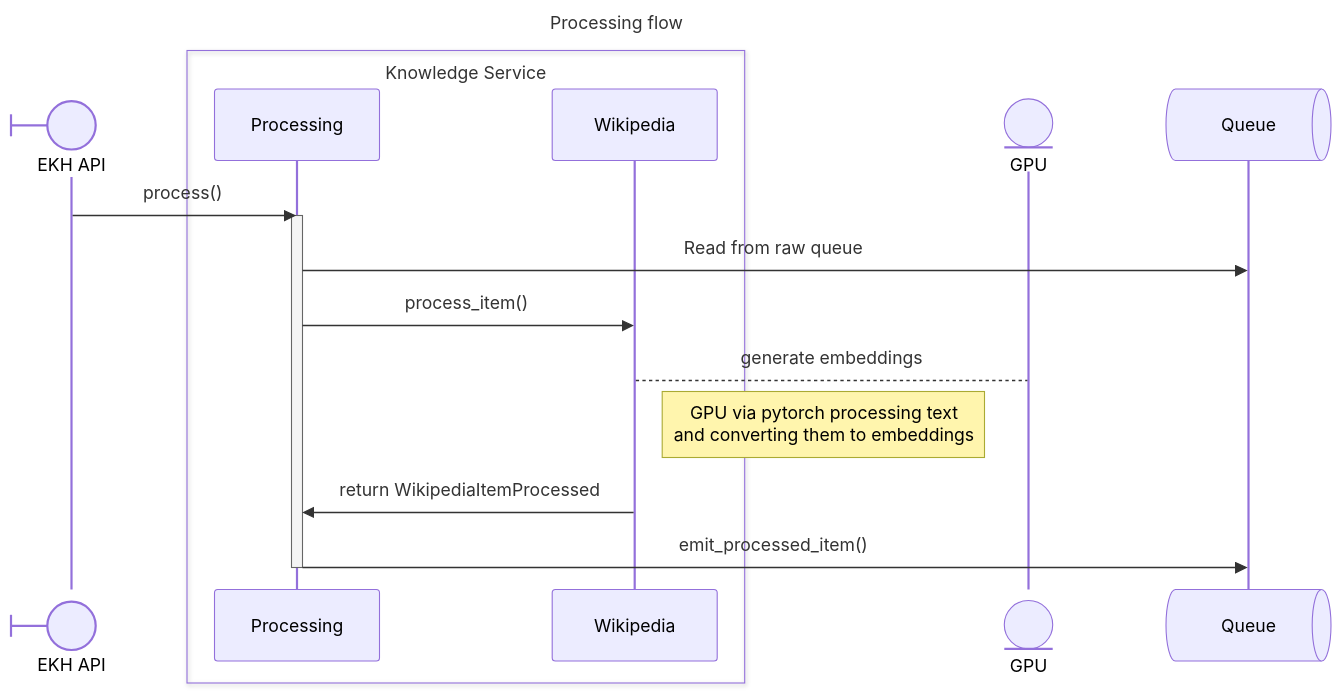
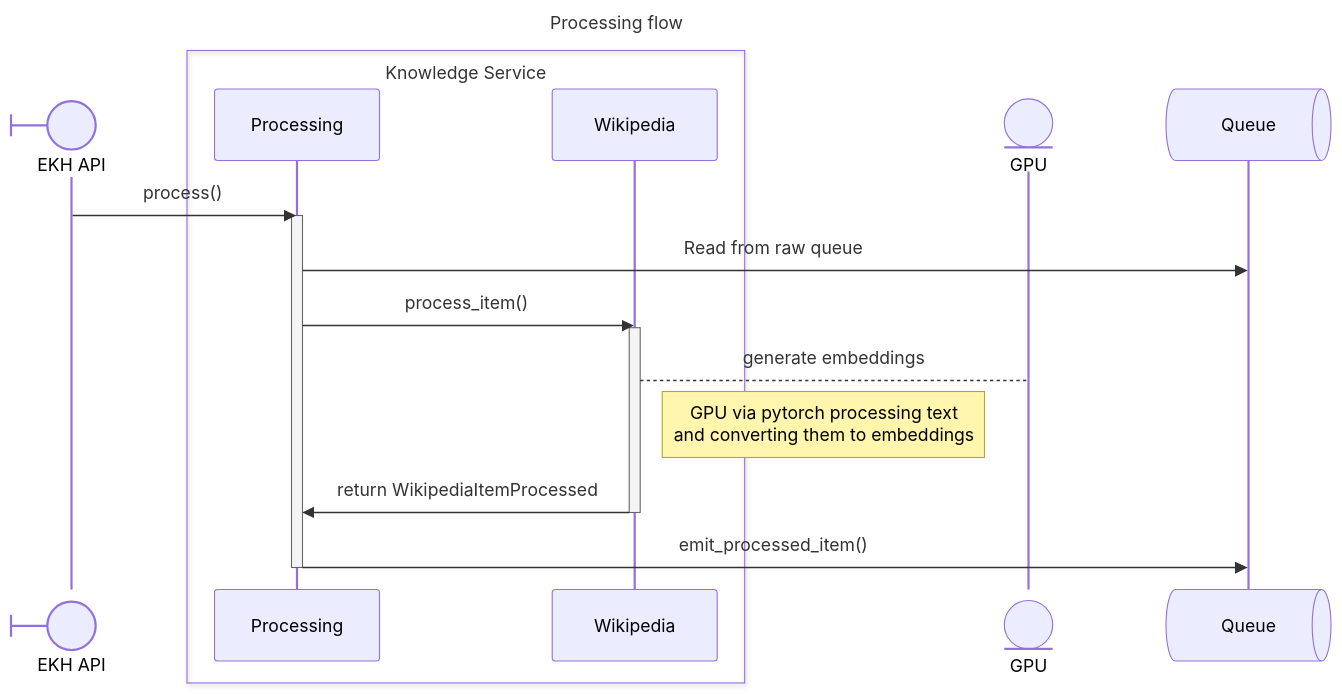
Before and after one commit to ssc-dsai/enterprise-knowledge-hub: the second of 3 diagrams in docs/mermaid-diagram.md, drawn with Mermaid. The commit also changed other lines of this file, not shown here.

Commit message:
fixed activation for first two ing and procs

````diff
--- a/docs/mermaid-diagram.md
+++ b/docs/mermaid-diagram.md
@@ -52,26 +54,28 @@
 ```mermaid
 ---
 title: Processing flow
 ---
 sequenceDiagram
     participant API@{ "type": "boundary" } as EKH API
 
     box Knowledge Service
     participant process as Processing
     participant impl as Wikipedia
     end
 
     participant GPU@{ "type" : "entity" }
 
     participant queue@{ "type" : "queue" } as Queue
 
     API->>process: process()
     activate process
     process->>queue: Read from raw queue
     process->>impl: process_item()
+    activate impl
     impl-->GPU: generate embeddings
     Note right of impl: GPU via pytorch processing text <br/> and converting them to embeddings
     impl->>process: return WikipediaItemProcessed
+    deactivate impl
     process->>queue: emit_processed_item()
     deactivate process
 ```
````
